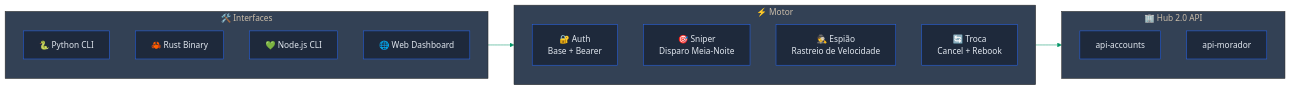
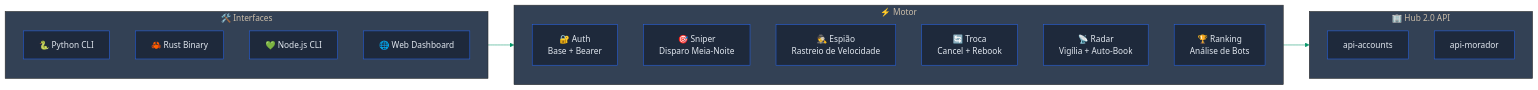
Before and after one commit to Heartbreaking-array216/hub20-hack: the first of 2 diagrams in README.md, drawn with Mermaid. The commit also changed other lines of this file and 1 other file, not shown here.

First line of the commit message:
Add Radar mode and Bot Ranking features

````diff
--- a/README.md
+++ b/README.md
@@ -29,26 +29,28 @@
 ```mermaid
 %%{init: {'theme': 'base', 'themeVariables': { 'primaryColor': '#1e293b', 'primaryTextColor': '#e2e8f0', 'primaryBorderColor': '#2563eb', 'lineColor': '#059669', 'secondaryColor': '#0f172a', 'tertiaryColor': '#334155'}}}%%
 flowchart LR
     subgraph Tools["🛠️ Interfaces"]
         PY["🐍 Python CLI"]
         RS["🦀 Rust Binary"]
         JS["💚 Node.js CLI"]
         WEB["🌐 Web Dashboard"]
     end
 
     subgraph Core["⚡ Motor"]
         direction TB
         AUTH["🔐 Auth<br/>Base + Bearer"]
         SNIPER["🎯 Sniper<br/>Disparo Meia-Noite"]
         SPY["🕵️ Espião<br/>Rastreio de Velocidade"]
         SWAP["🔄 Troca<br/>Cancel + Rebook"]
+        RADAR["📡 Radar<br/>Vigília + Auto-Book"]
+        RANK["🏆 Ranking<br/>Análise de Bots"]
     end
 
     subgraph API["🏢 Hub 2.0 API"]
         ACC["api-accounts"]
         MOR["api-morador"]
     end
 
     Tools --> Core
     Core --> API
 ```
````
